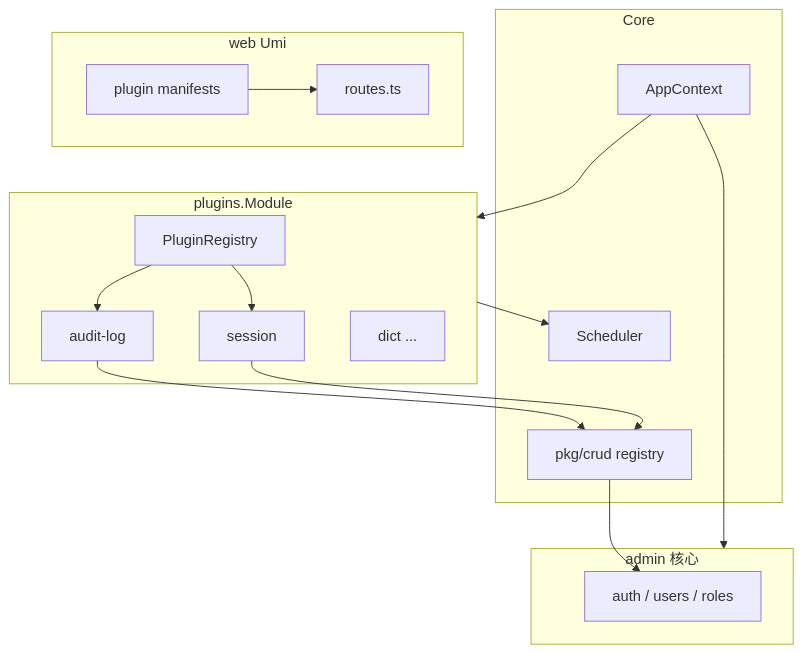
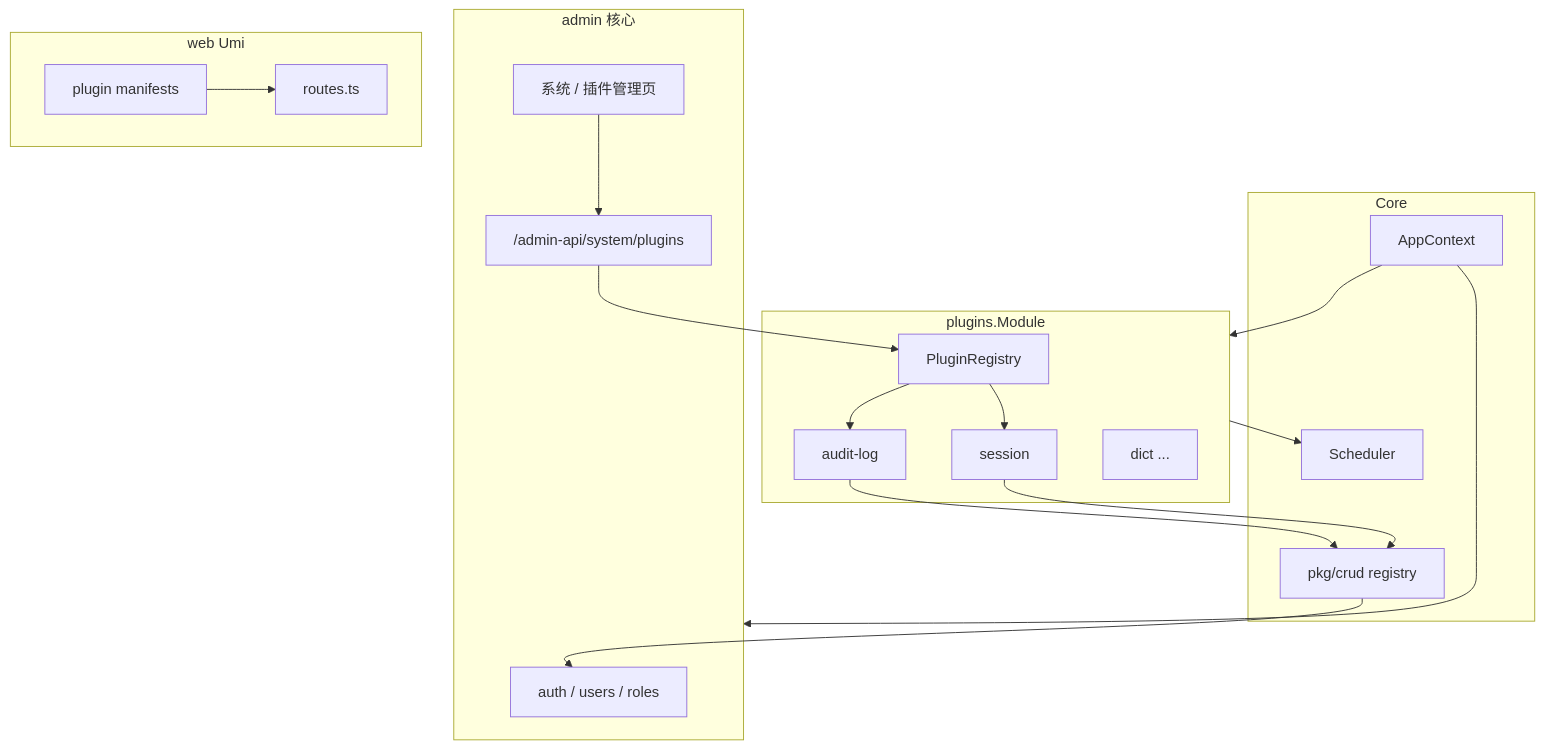
One commit to slowlyo/bico-admin changed the first of 2 diagrams in docs/plugin-system.md. Above: the diagram before and after it, drawn with Mermaid. The commit also changed other lines of this file, not shown here.

First line of the commit message:
docs(plugin): Phase 1 admin UI and system/plugins API as first-class

````diff
--- a/docs/plugin-system.md
+++ b/docs/plugin-system.md
@@ -87,30 +89,34 @@
 ```mermaid
 flowchart TB
   subgraph core [Core]
     AC[AppContext]
     CRUD[pkg/crud registry]
     SCH[Scheduler]
   end
   subgraph admin_core [admin 核心]
     AUTH[auth / users / roles]
+    PMUI[系统 / 插件管理页]
+    PAPI["/admin-api/system/plugins"]
   end
+  PMUI --> PAPI
+  PAPI --> REG
   subgraph plugins_layer [plugins.Module]
     REG[PluginRegistry]
     P1[audit-log]
     P2[session]
     P3[dict ...]
   end
   subgraph web [web Umi]
     RT[routes.ts]
     PM[plugin manifests]
   end
   AC --> admin_core
   AC --> plugins_layer
   REG --> P1
   REG --> P2
   P1 --> CRUD
   P2 --> CRUD
   plugins_layer --> SCH
   PM --> RT
   CRUD --> AUTH
 ```
````
